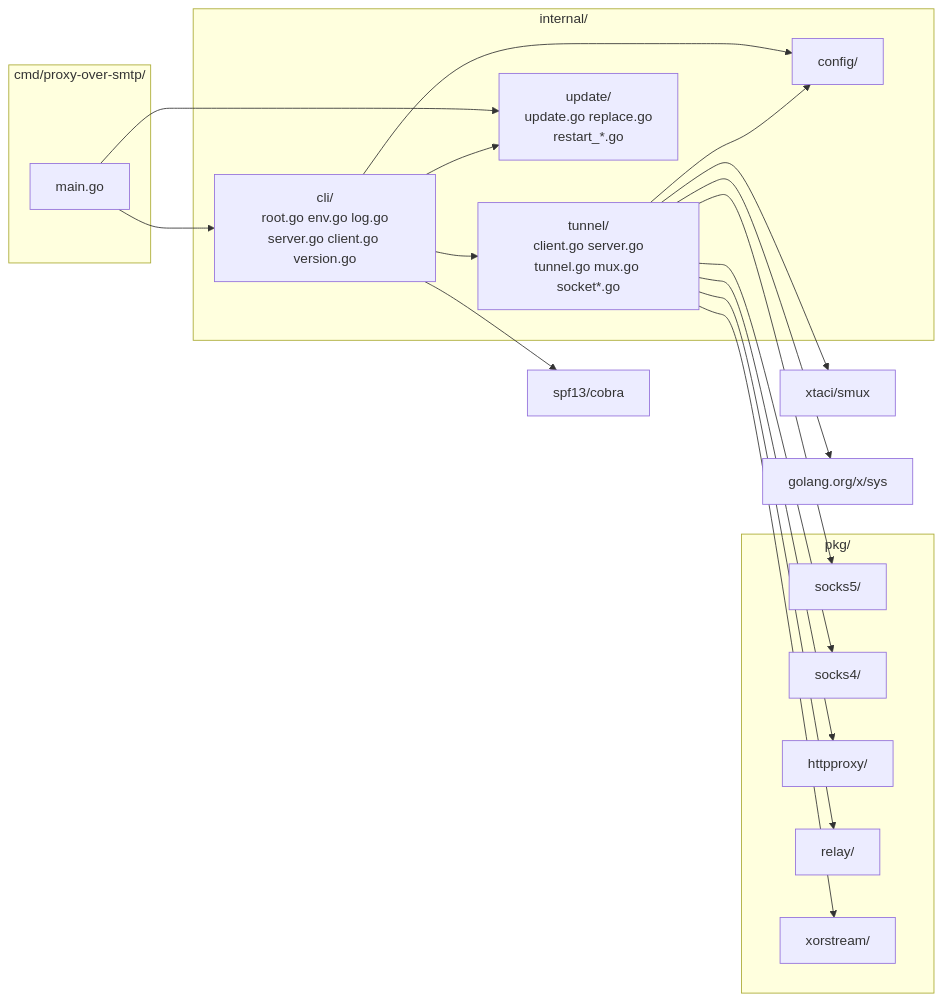
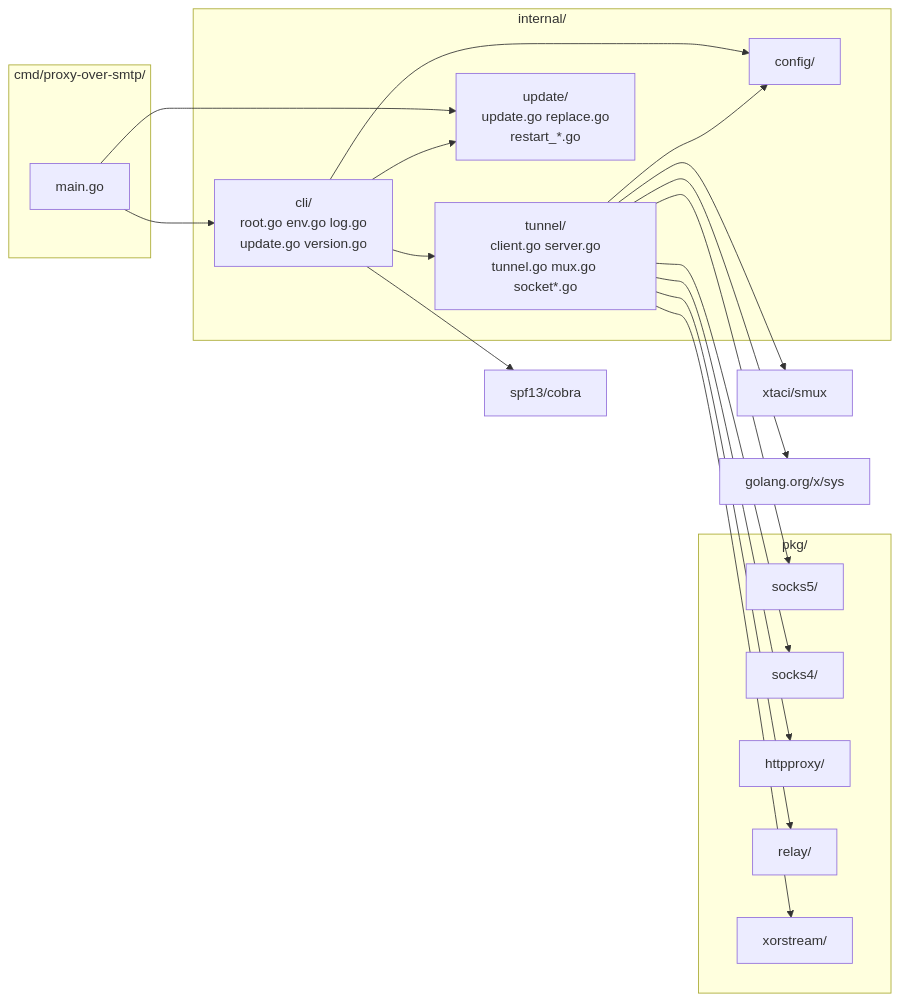
The first of 2 diagrams in docs/ARCHITECTURE.md (dimaskiddo/proxy-over-smtp), drawn with Mermaid before and after one commit. The commit also changed other lines of this file and 9 other files, not shown here.

````diff
--- a/docs/ARCHITECTURE.md
+++ b/docs/ARCHITECTURE.md
@@ -9,40 +9,40 @@
 ```mermaid
 graph LR
     subgraph cmd["cmd/proxy-over-smtp/"]
         Main["main.go"]
     end
 
     subgraph internal["internal/"]
-        Cli["cli/<br/>root.go env.go log.go<br/>server.go client.go version.go"]
+        Cli["cli/<br/>root.go env.go log.go<br/>update.go version.go"]
         Config["config/"]
         Tunnel["tunnel/<br/>client.go server.go<br/>tunnel.go mux.go socket*.go"]
         Update["update/<br/>update.go replace.go<br/>restart_*.go"]
     end
 
     subgraph pkg["pkg/"]
         Socks5["socks5/"]
         Socks4["socks4/"]
         HTTPProxy["httpproxy/"]
         Relay["relay/"]
         Xor["xorstream/"]
     end
 
     Smux["xtaci/smux"]
     Cobra["spf13/cobra"]
     Sys["golang.org/x/sys"]
 
     Main --> Cli
     Main --> Update
     Cli --> Update
     Cli --> Config
     Cli --> Tunnel
     Tunnel --> Config
     Tunnel --> Socks5
     Tunnel --> Socks4
     Tunnel --> HTTPProxy
     Tunnel --> Relay
     Tunnel --> Xor
     Tunnel --> Smux
     Tunnel --> Sys
     Cli --> Cobra
 ```
````
